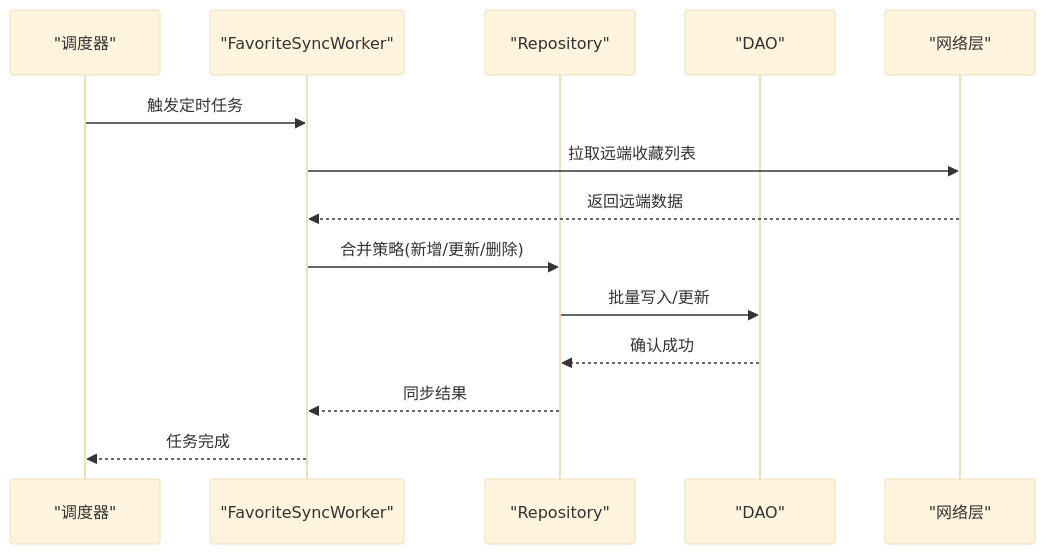
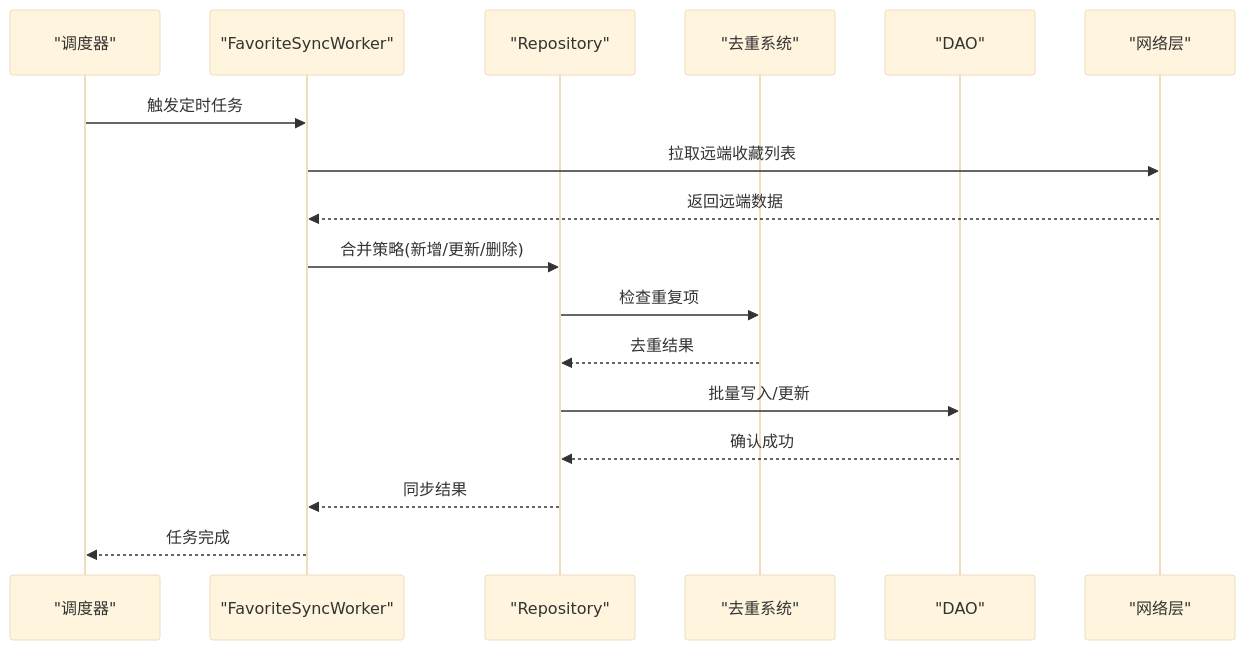
The seventh of 13 diagrams in .qoder/repowiki/zh/content/数据层/数据层.md (ysyhlly/Yukine-android), drawn with Mermaid (base theme) before and after one commit. The commit also changed other lines of this file and 158 other files, not shown here.

````diff
--- a/.qoder/repowiki/zh/content/数据层/数据层.md
+++ b/.qoder/repowiki/zh/content/数据层/数据层.md
@@ -244,16 +334,19 @@
 ```mermaid
 sequenceDiagram
 participant Scheduler as "调度器"
 participant FavSync as "FavoriteSyncWorker"
 participant Repo as "Repository"
+participant Dedup as "去重系统"
 participant DAO as "DAO"
 participant Net as "网络层"
 Scheduler->>FavSync : 触发定时任务
 FavSync->>Net : 拉取远端收藏列表
 Net-->>FavSync : 返回远端数据
 FavSync->>Repo : 合并策略(新增/更新/删除)
+Repo->>Dedup : 检查重复项
+Dedup-->>Repo : 去重结果
 Repo->>DAO : 批量写入/更新
 DAO-->>Repo : 确认成功
 Repo-->>FavSync : 同步结果
 FavSync-->>Scheduler : 任务完成
 ```
````
